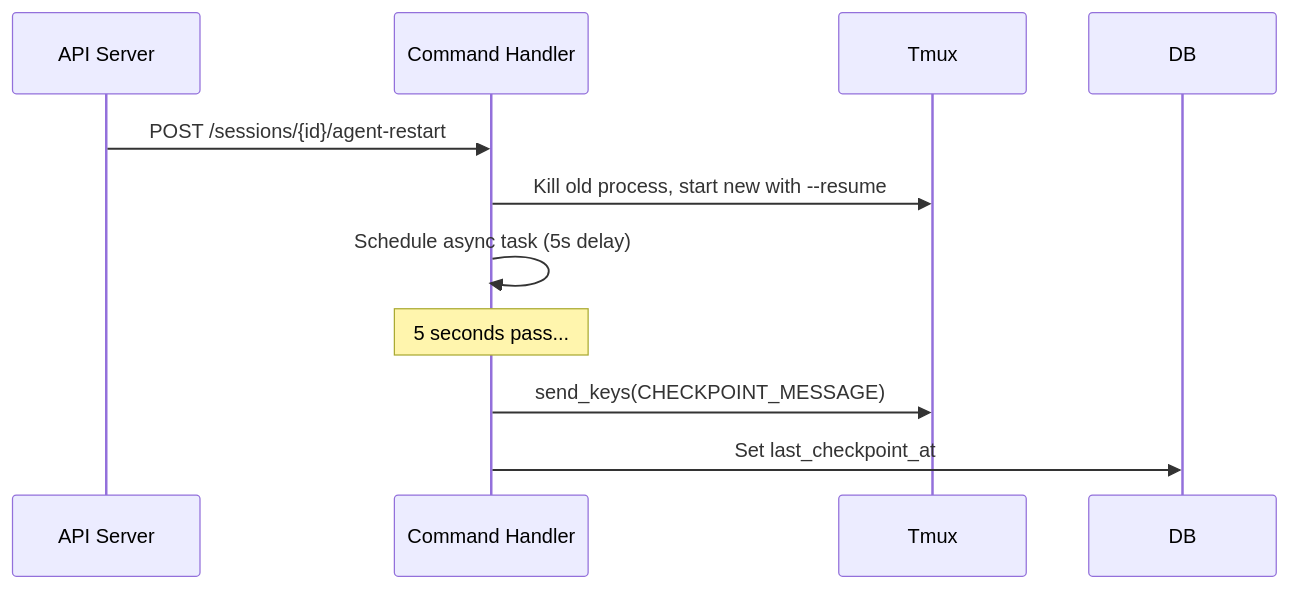
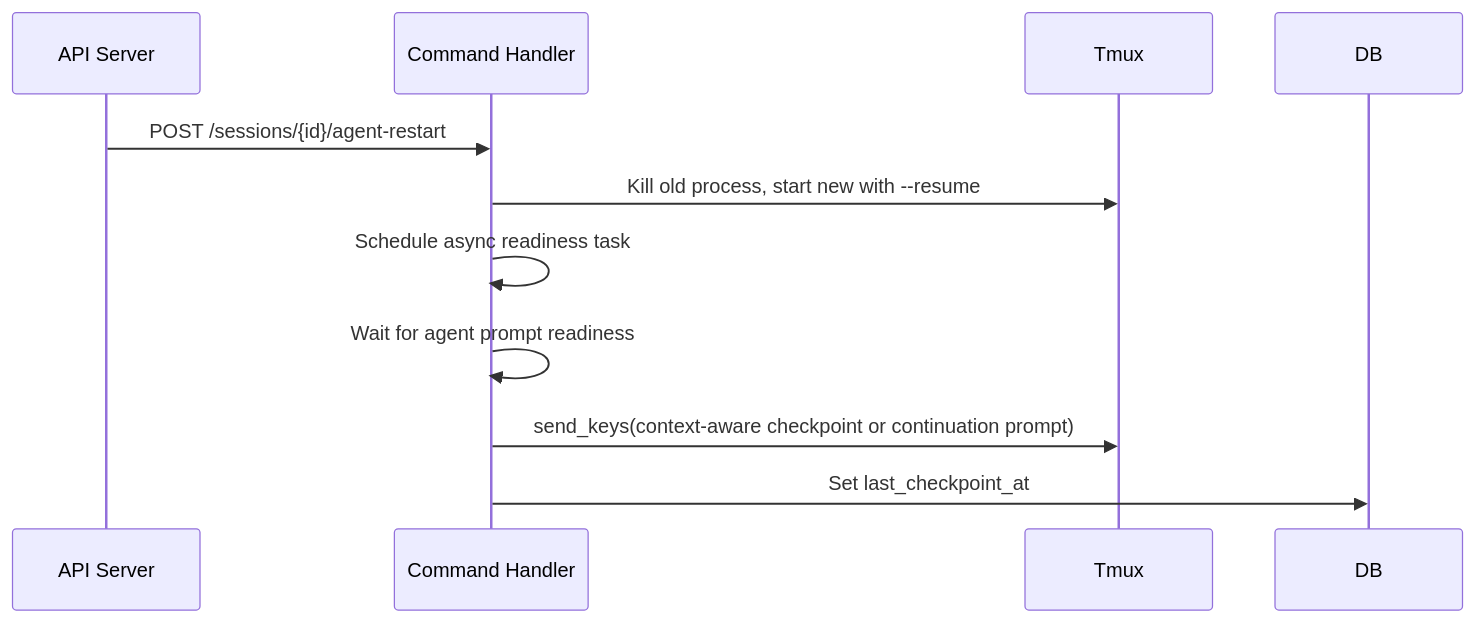
Before and after one commit to InstruktAI/TeleClaude: the fifth of 5 diagrams in docs/project/design/architecture/checkpoint-system.md, drawn with Mermaid. The commit also changed other lines of this file, not shown here.

Commit message:
docs(checkpoint): describe readiness-gated restart injection

````diff
--- a/docs/project/design/architecture/checkpoint-system.md
+++ b/docs/project/design/architecture/checkpoint-system.md
@@ -185,16 +185,15 @@
 ```mermaid
 sequenceDiagram
     participant API as API Server
     participant Handler as Command Handler
     participant Tmux
     participant DB
 
     API->>Handler: POST /sessions/{id}/agent-restart
     Handler->>Tmux: Kill old process, start new with --resume
-    Handler->>Handler: Schedule async task (5s delay)
+    Handler->>Handler: Schedule async readiness task
+    Handler->>Handler: Wait for agent prompt readiness
 
-    Note over Handler: 5 seconds pass...
-
-    Handler->>Tmux: send_keys(CHECKPOINT_MESSAGE)
+    Handler->>Tmux: send_keys(context-aware checkpoint or continuation prompt)
     Handler->>DB: Set last_checkpoint_at
 ```
````
